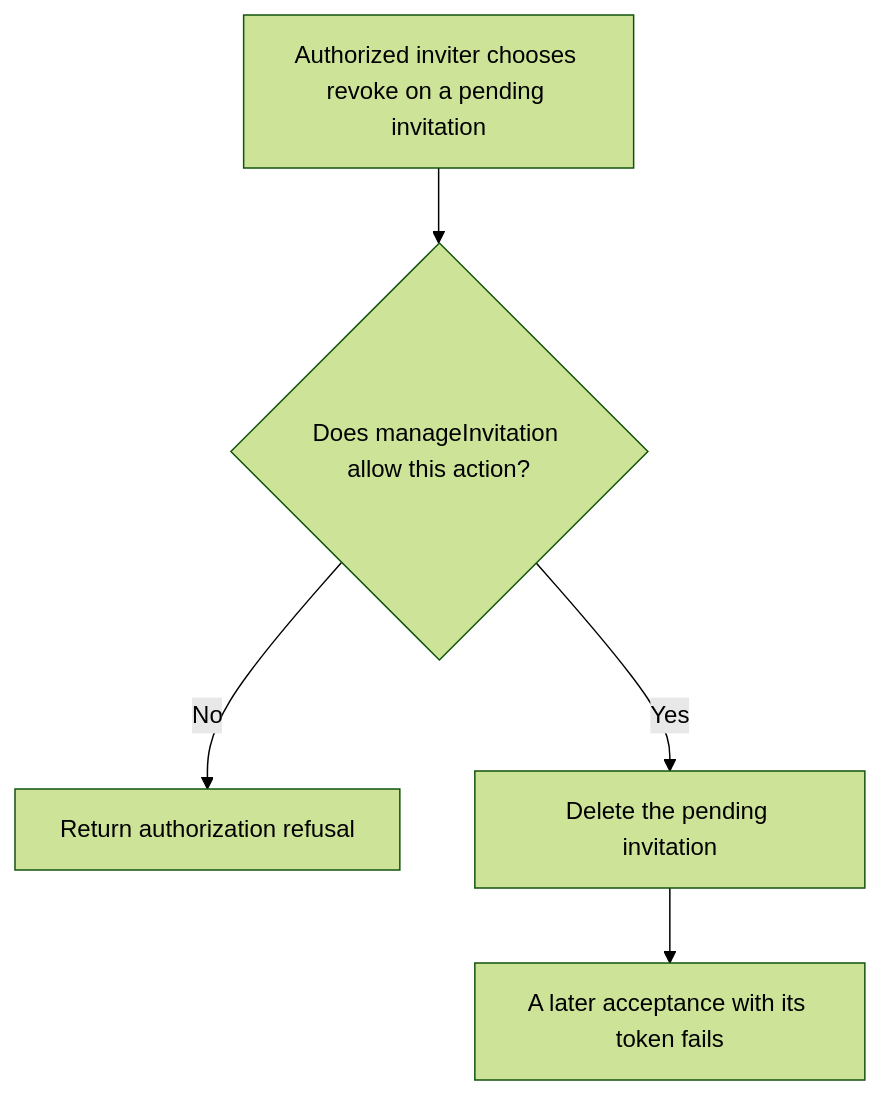
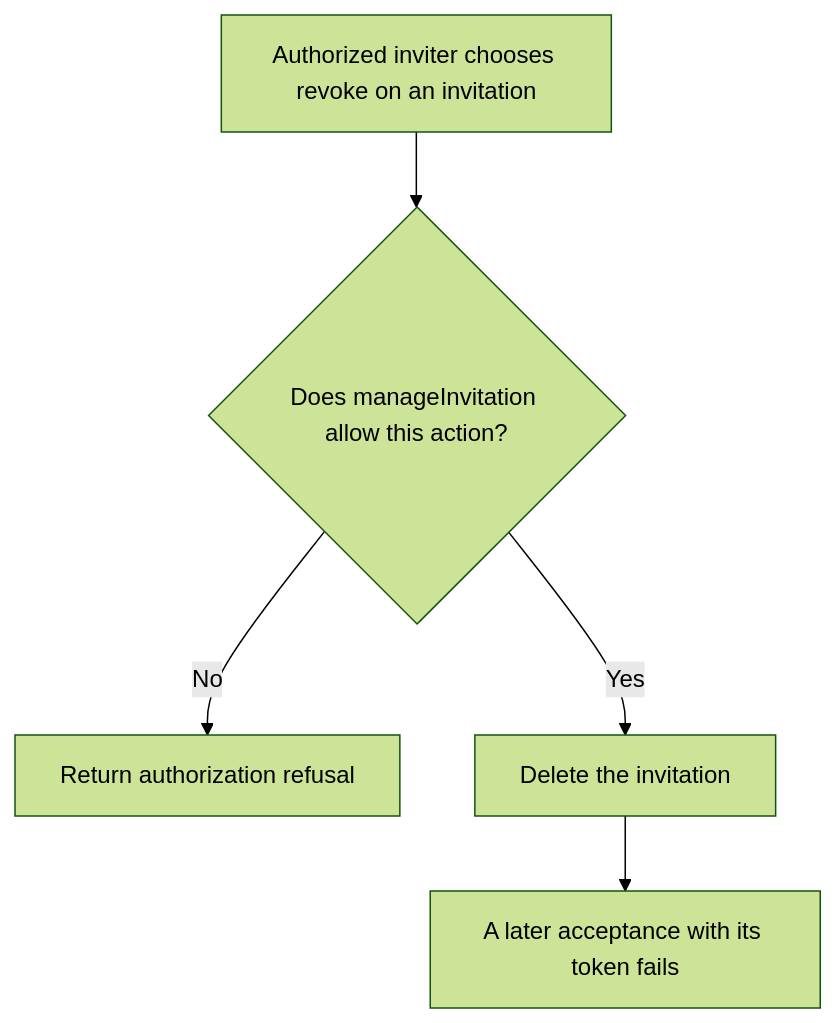
Before and after one commit to Kevinjohn/oss-adonisjs-account-kit: the first of 2 diagrams in user-stories/US-ACCOUNT-12-revoke-invitation.md, drawn with Mermaid (forest theme). The commit also changed other lines of this file and 22 other files, not shown here.

````diff
--- a/user-stories/US-ACCOUNT-12-revoke-invitation.md
+++ b/user-stories/US-ACCOUNT-12-revoke-invitation.md
@@ -18,7 +18,7 @@
 ```mermaid
 flowchart TD
- A["Authorized inviter chooses revoke on a pending invitation"] --> B{"Does manageInvitation allow this action?"}
+ A["Authorized inviter chooses revoke on an invitation"] --> B{"Does manageInvitation allow this action?"}
  B -->|No| C["Return authorization refusal"]
- B -->|Yes| D["Delete the pending invitation"]
+ B -->|Yes| D["Delete the invitation"]
  D --> E["A later acceptance with its token fails"]
 ```
````
